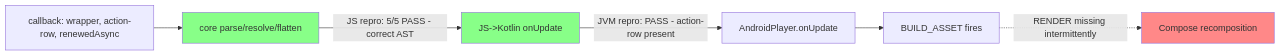
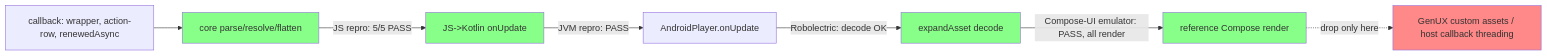
Before and after one commit to player-ui/player: the diagram in HANDOVER-android-action-row.md, drawn with Mermaid. The commit also changed other lines of this file and 2 other files, not shown here.

First line of the commit message:
Tier B render PROVEN on emulator: reference renderer does not drop action-row

````diff
--- a/HANDOVER-android-action-row.md
+++ b/HANDOVER-android-action-row.md
@@ -41,11 +43,14 @@
 ```mermaid
 flowchart LR
   A[callback: wrapper, action-row, renewedAsync] --> B[core parse/resolve/flatten]
-  B -->|JS repro: 5/5 PASS - correct AST| C[JS->Kotlin onUpdate]
-  C -->|JVM repro: PASS - action-row present| D[AndroidPlayer.onUpdate]
-  D --> E[BUILD_ASSET fires]
-  E -.->|RENDER missing intermittently| F[Compose recomposition]
+  B -->|JS repro: 5/5 PASS| C[JS->Kotlin onUpdate]
+  C -->|JVM repro: PASS| D[AndroidPlayer.onUpdate]
+  D -->|Robolectric: decode OK| E[expandAsset decode]
+  E -->|Compose-UI emulator: PASS, all render| F[reference Compose render]
+  F -.->|drop only here| G[GenUX custom assets / host callback threading]
   style B fill:#8f8
   style C fill:#8f8
-  style F fill:#f88
+  style E fill:#8f8
+  style F fill:#8f8
+  style G fill:#f88
 ```
````
